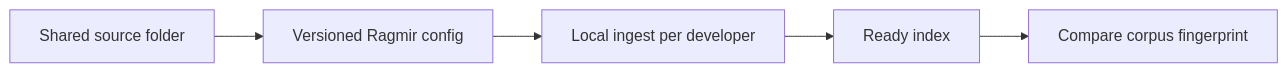
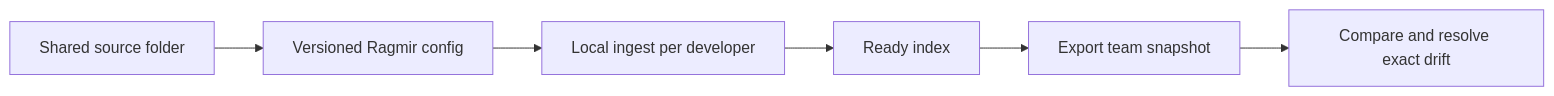
The second of 2 diagrams in README.md (jcode-works/jcode-ragmir), drawn with Mermaid before and after one commit. The commit also changed other lines of this file and 33 other files, not shown here.

````diff
--- a/README.md
+++ b/README.md
@@ -113,7 +113,8 @@
 ```mermaid
 flowchart LR
     A["Shared source folder"] --> B["Versioned Ragmir config"]
     B --> C["Local ingest per developer"]
     C --> D["Ready index"]
-    D --> E["Compare corpus fingerprint"]
+    D --> E["Export team snapshot"]
+    E --> F["Compare and resolve exact drift"]
 ```
````
